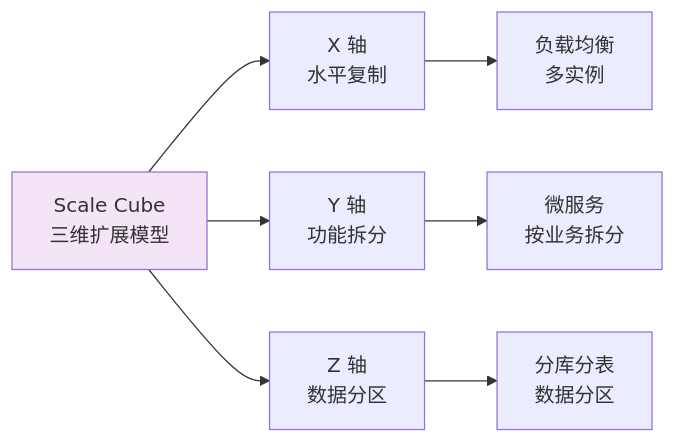
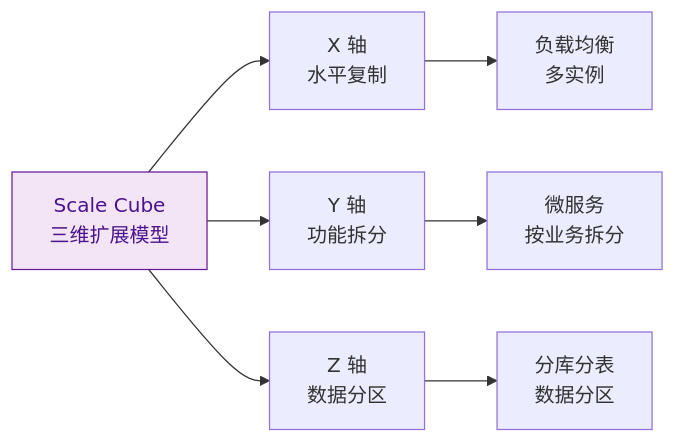
One commit to FreezeSoul/freezesoul.github.com changed the third of 23 diagrams in _posts/2018-12-11-microservices-architecture.md. Above: the diagram before and after it, drawn with Mermaid. The commit also changed other lines of this file and 9 other files, not shown here.

Commit message:
修正mermaid配色与要求

````diff
--- a/_posts/2018-12-11-microservices-architecture.md
+++ b/_posts/2018-12-11-microservices-architecture.md
@@ -140,12 +140,12 @@
 ```mermaid
 graph LR
     A[Scale Cube<br/>三维扩展模型] --> B[X 轴<br/>水平复制]
     A --> C[Y 轴<br/>功能拆分]
     A --> D[Z 轴<br/>数据分区]
 
     B --> E[负载均衡<br/>多实例]
     C --> F[微服务<br/>按业务拆分]
     D --> G[分库分表<br/>数据分区]
 
-    style A fill:#f3e5f5
+    style A fill:#f3e5f5,stroke:#6a1b9a,color:#4a148c
 ```
````
